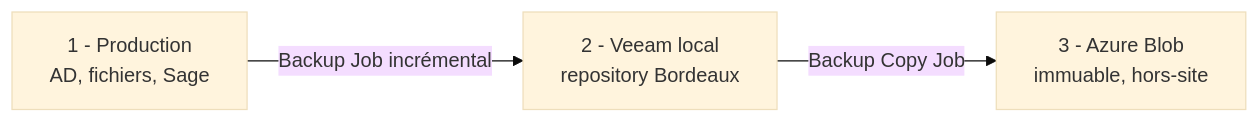
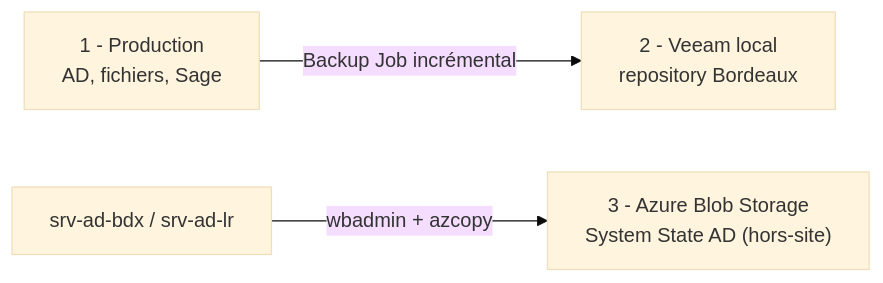
Before and after one commit to Orka16/Fiducis-Groupe-4: the second of 2 diagrams in README.md, drawn with Mermaid (base theme). The commit also changed other lines of this file, not shown here.

````diff
--- a/README.md
+++ b/README.md
@@ -159,8 +162,8 @@
 ```mermaid
 flowchart LR
     PROD["1 - Production<br/>AD, fichiers, Sage"]
     LOCAL["2 - Veeam local<br/>repository Bordeaux"]
-    AZ["3 - Azure Blob<br/>immuable, hors-site"]
+    AZ["3 - Azure Blob Storage<br/>System State AD (hors-site)"]
     PROD -->|Backup Job incrémental| LOCAL
-    LOCAL -->|Backup Copy Job| AZ
+    AD2["srv-ad-bdx / srv-ad-lr"] -->|wbadmin + azcopy| AZ
 ```
````
